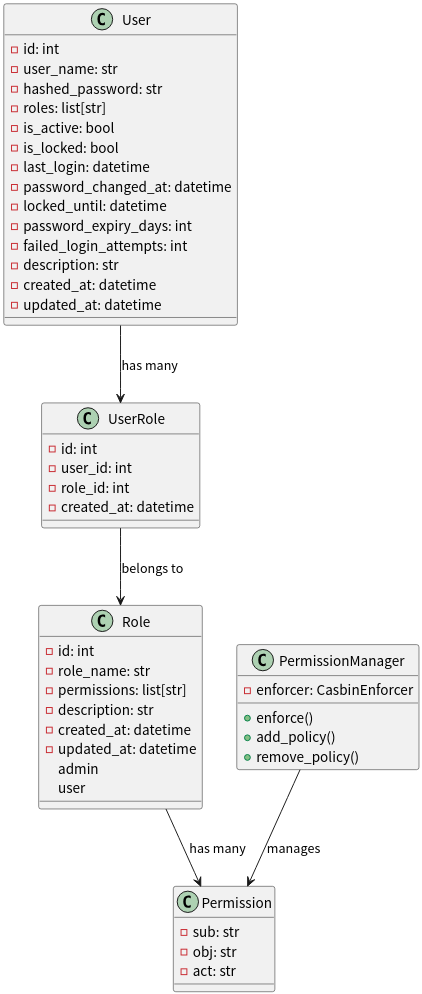
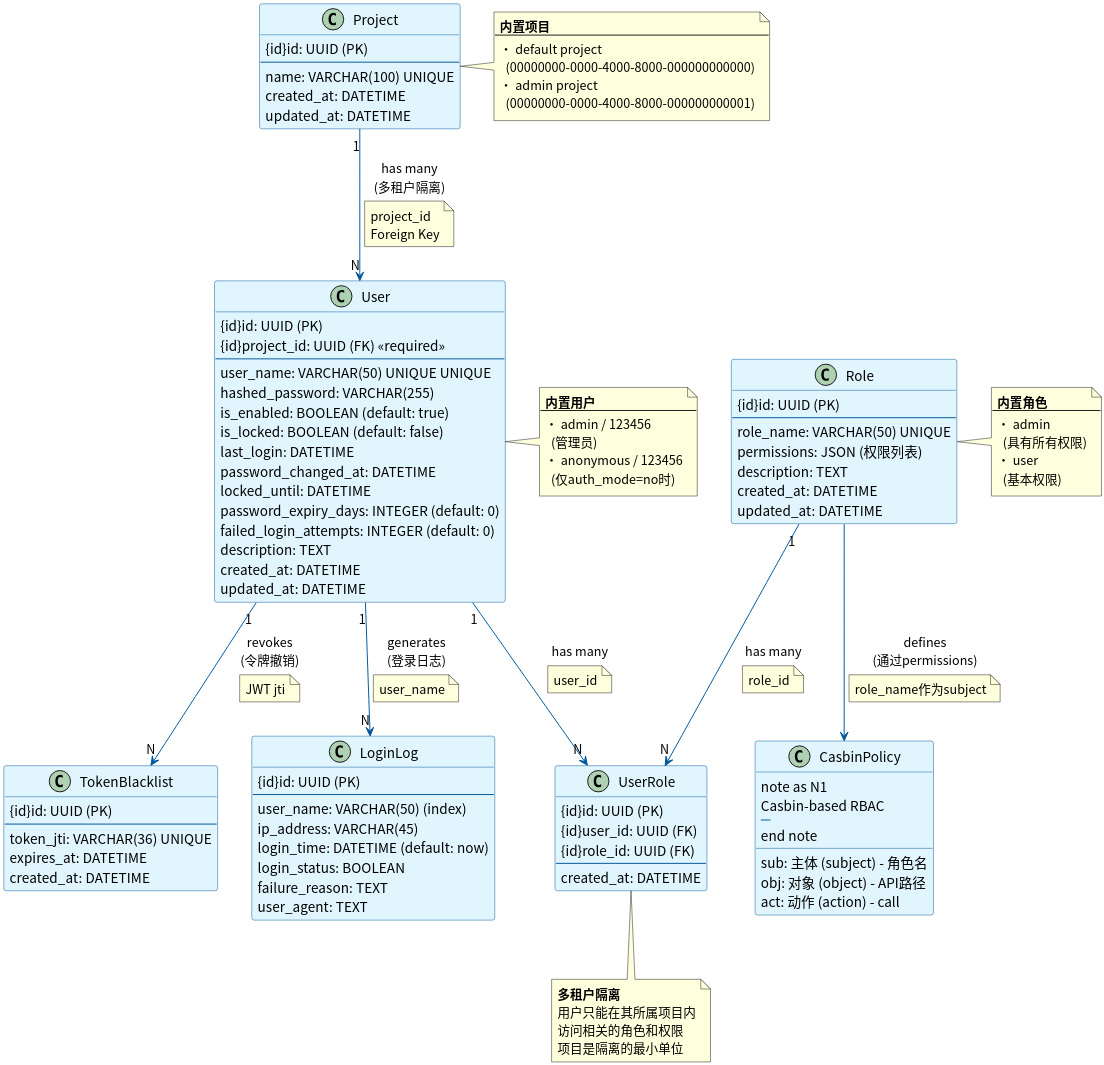
One commit to zhaoyi-yewu/qcos changed the diagram in docs/sphinx/source/_static/design/module-design/user-role-er.puml. Above: the diagram before and after it, drawn with PlantUML.

Commit message:
Update user-role entity-relationship diagram
Description:
1. 更新用户角色实体关系图(PlantUML)
2. 完善用户、角色、权限的ER模型

```diff
--- a/docs/sphinx/source/_static/design/module-design/user-role-er.puml
+++ b/docs/sphinx/source/_static/design/module-design/user-role-er.puml
@@ -1,70 +1,160 @@
 @startuml
 ' 统一全局字体，确保中文正常显示
 skinparam defaultFontName "Noto Sans CJK SC"
 skinparam dpi 300
 
-' 设置布局方向
+' 设置布局方向和样式
 top to bottom direction
+skinparam classBackgroundColor #E1F5FE
+skinparam classBorderColor #01579B
+skinparam arrowColor #01579B
 
-' define user
-class User {
-  - id: int
-  - user_name: str
-  - hashed_password: str
-  - roles: list[str]
-  - is_active: bool
-  - is_locked: bool
-  - last_login: datetime
-  - password_changed_at: datetime
-  - locked_until: datetime
-  - password_expiry_days: int
-  - failed_login_attempts: int
-  - description: str
-  - created_at: datetime
-  - updated_at: datetime
+' ============ 核心表 ============
+
+' Project 表 - 多租户隔离
+class Project {
+  {id}id: UUID (PK)
+  --
+  name: VARCHAR(100) UNIQUE
+  created_at: DATETIME
+  updated_at: DATETIME
 }
 
-' define role
-class Role {
-  - id: int
-  - role_name: str
-  - permissions: list[str]
-  - description: str
-  - created_at: datetime
-  - updated_at: datetime
+' User 表 - 用户信息
+class User {
+  {id}id: UUID (PK)
+  {id}project_id: UUID (FK) <<required>>
+  --
+  user_name: VARCHAR(50) UNIQUE UNIQUE
+  hashed_password: VARCHAR(255)
+  is_enabled: BOOLEAN (default: true)
+  is_locked: BOOLEAN (default: false)
+  last_login: DATETIME
+  password_changed_at: DATETIME
+  locked_until: DATETIME
+  password_expiry_days: INTEGER (default: 0)
+  failed_login_attempts: INTEGER (default: 0)
+  description: TEXT
+  created_at: DATETIME
+  updated_at: DATETIME
 }
 
-' define user_role association
-class UserRole {
-  - id: int
-  - user_id: int
-  - role_id: int
-  - created_at: datetime
+' Role 表 - 角色定义
+class Role {
+  {id}id: UUID (PK)
+  --
+  role_name: VARCHAR(50) UNIQUE
+  permissions: JSON (权限列表)
+  description: TEXT
+  created_at: DATETIME
+  updated_at: DATETIME
 }
 
-' define permission
-class Permission {
-  - sub: str
-  - obj: str
-  - act: str
+' UserRole 表 - 用户-角色关联 (M:N)
+class UserRole {
+  {id}id: UUID (PK)
+  {id}user_id: UUID (FK)
+  {id}role_id: UUID (FK)
+  --
+  created_at: DATETIME
 }
 
-' define permission manager
-class PermissionManager {
-  - enforcer: CasbinEnforcer
-  + enforce()
-  + add_policy()
-  + remove_policy()
+' ============ 审计表 ============
+
+' LoginLog 表 - 登录日志
+class LoginLog {
+  {id}id: UUID (PK)
+  --
+  user_name: VARCHAR(50) (index)
+  ip_address: VARCHAR(45)
+  login_time: DATETIME (default: now)
+  login_status: BOOLEAN
+  failure_reason: TEXT
+  user_agent: TEXT
 }
 
-' relationships
-User --> UserRole : has many
-UserRole --> Role : belongs to
-Role --> Permission : has many
-PermissionManager --> Permission : manages
+' TokenBlacklist 表 - 令牌撤销
+class TokenBlacklist {
+  {id}id: UUID (PK)
+  --
+  token_jti: VARCHAR(36) UNIQUE
+  expires_at: DATETIME
+  created_at: DATETIME
+}
 
-' example roles
-Role : admin
-Role : user
+' ============ 权限管理 ============
+
+' Casbin 策略
+class CasbinPolicy {
+  note as N1
+    Casbin-based RBAC
+    ----
+    sub: 主体 (subject) - 角色名
+    obj: 对象 (object) - API路径
+    act: 动作 (action) - call
+  end note
+}
+
+' ============ 关系定义 ============
+
+' Project 和 User 的关系 (1:N)
+Project "1" --> "N" User : has many\n(多租户隔离)
+note on link : project_id\nForeign Key
+
+' User 和 UserRole 的关系 (1:N)
+User "1" --> "N" UserRole : has many
+note on link : user_id
+
+' Role 和 UserRole 的关系 (1:N)
+Role "1" --> "N" UserRole : has many
+note on link : role_id
+
+' LoginLog 记录用户登录
+User "1" --> "N" LoginLog : generates\n(登录日志)
+note on link : user_name
+
+' TokenBlacklist 管理令牌
+User "1" --> "N" TokenBlacklist : revokes\n(令牌撤销)
+note on link : JWT jti
+
+' Role 关联权限策略
+Role --> CasbinPolicy : defines\n(通过permissions)
+note on link : role_name作为subject
+
+' ============ 内置数据 ============
+
+note right of Project
+  **内置项目**
+  ----
+  • default project
+    (00000000-0000-4000-8000-000000000000)
+  • admin project
+    (00000000-0000-4000-8000-000000000001)
+end note
+
+note right of User
+  **内置用户**
+  ----
+  • admin / 123456
+    (管理员)
+  • anonymous / 123456
+    (仅auth_mode=no时)
+end note
+
+note right of Role
+  **内置角色**
+  ----
+  • admin
+    (具有所有权限)
+  • user
+    (基本权限)
+end note
+
+note bottom of UserRole
+  **多租户隔离**
+  用户只能在其所属项目内
+  访问相关的角色和权限
+  项目是隔离的最小单位
+end note
 
 @enduml
```
